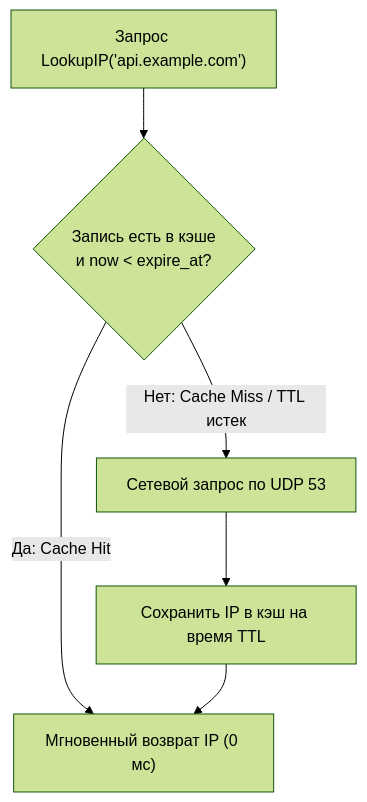
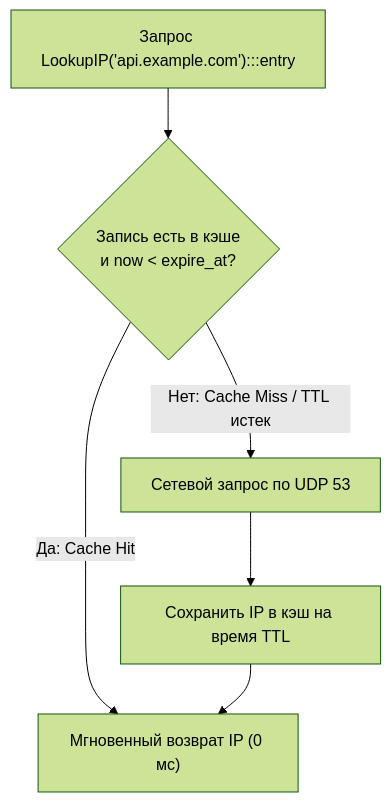
The fourth of 4 diagrams in sources/3. Компьютерные сети и сетевой стек/17. DNS под капотом. Record Types, TTL, Recursive Resolver, кеширование.md (UnrealTemplier/go-textbook), drawn with Mermaid (forest theme) before and after one commit. The commit also changed other lines of this file and 1666 other files, not shown here.

First line of the commit message:
feat(mermaid): add semantic color classDef to 1369 colorless flowchart/graph diagrams

````diff
--- a/sources/3. Компьютерные сети и сетевой стек/17. DNS под капотом. Record Types, TTL, Recursive Resolver, кеширование.md
+++ b/sources/3. Компьютерные сети и сетевой стек/17. DNS под капотом. Record Types, TTL, Recursive Resolver, кеширование.md
@@ -152,8 +182,18 @@
 ```mermaid
 flowchart TD
-    REQ["Запрос LookupIP('api.example.com')"] --> CHECK{"Запись есть в кэше<br>и now < expire_at?"}
+    classDef process  fill:#1e293b,stroke:#38bdf8,stroke-width:1px,color:#f8fafc
+    classDef success  fill:#064e3b,stroke:#34d399,stroke-width:1px,color:#f8fafc
+    classDef error    fill:#7f1d1d,stroke:#f87171,stroke-width:1px,color:#f8fafc
+    classDef warning  fill:#78350f,stroke:#fbbf24,stroke-width:1px,color:#f8fafc
+    classDef entry    fill:#1e3a5f,stroke:#38bdf8,stroke-width:2px,color:#f8fafc
+    classDef aux      fill:#334155,stroke:#64748b,stroke-width:1px,color:#f8fafc
+    classDef system   fill:#312e81,stroke:#a78bfa,stroke-width:1px,color:#f8fafc
+    classDef data     fill:#132d29,stroke:#2dd4bf,stroke-width:1px,color:#f8fafc
+    classDef network  fill:#881337,stroke:#fb7185,stroke-width:1px,color:#f8fafc
+    classDef accent   fill:#1e1b4b,stroke:#818cf8,stroke-width:1px,color:#f8fafc
+    REQ["Запрос LookupIP('api.example.com'):::entry"] --> CHECK{"Запись есть в кэше<br>и now < expire_at?"}
     CHECK -->|Да: Cache Hit| RET["Мгновенный возврат IP (0 мс)"]
     CHECK -->|Нет: Cache Miss / TTL истек| NET["Сетевой запрос по UDP 53"]
     NET --> SAVE["Сохранить IP в кэш на время TTL"]
     SAVE --> RET
 ```
````
